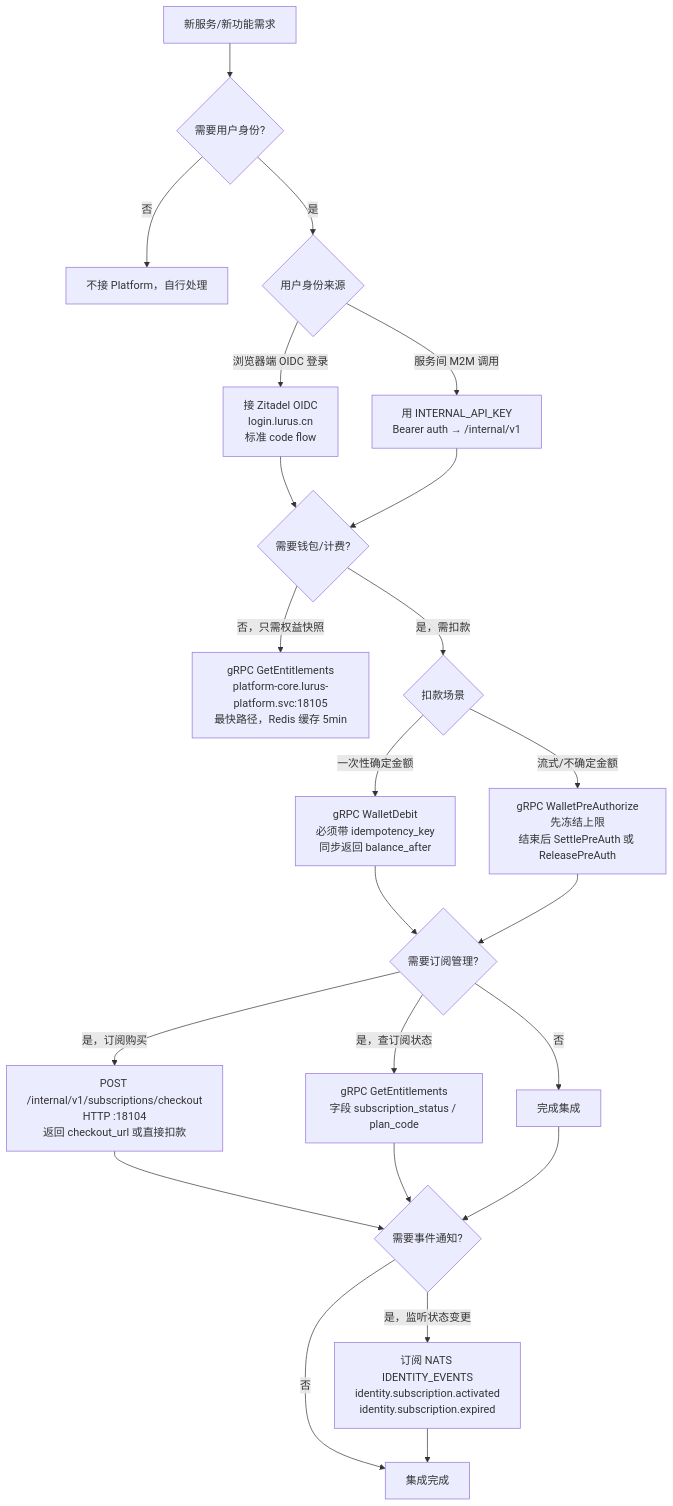
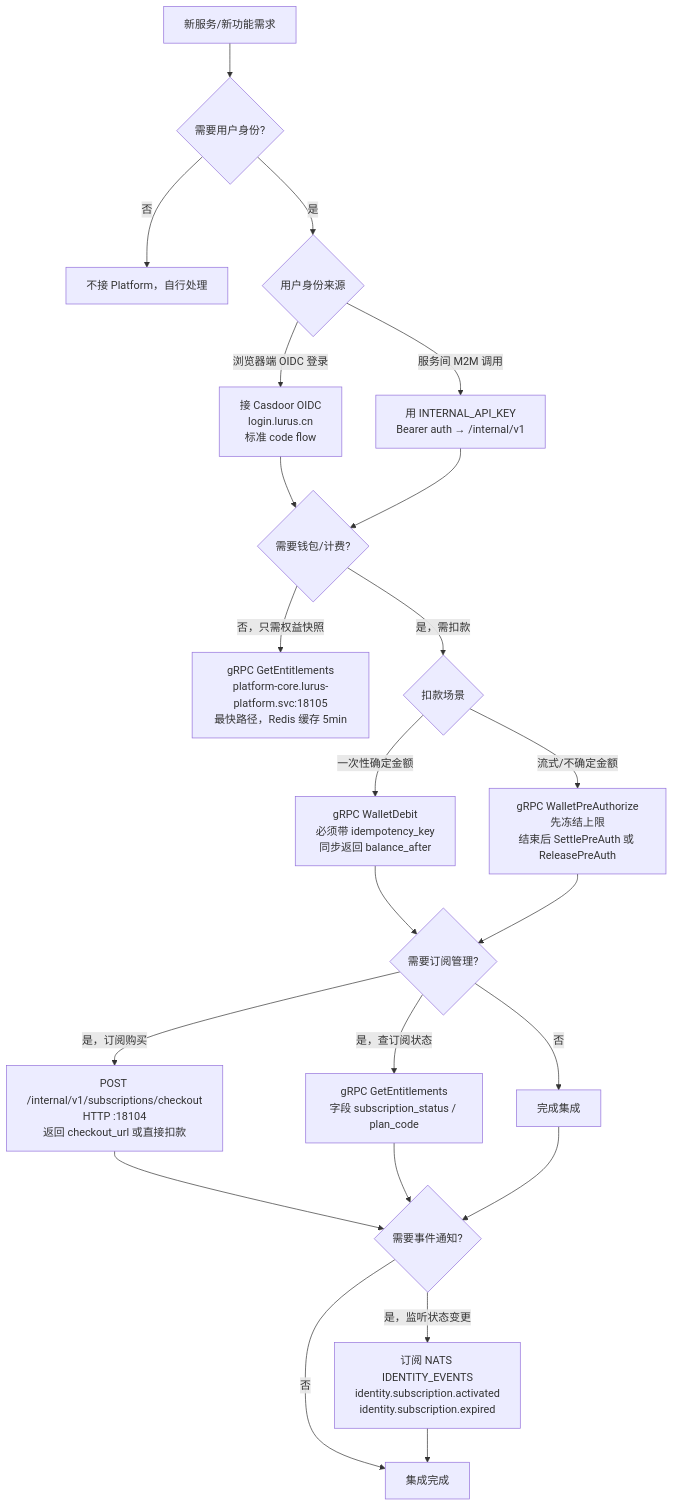
One commit to hanmahong5-arch/lurus-docs changed the fourth of 9 diagrams in internal/products/platform.md. Above: the diagram before and after it, drawn with Mermaid. The commit also changed other lines of this file and 30 other files, not shown here.

Commit message:
docs(internal): IdP 术语同步 Zitadel → Casdoor(vendor-neutral OIDC 迁移文档面)

````diff
--- a/internal/products/platform.md
+++ b/internal/products/platform.md
@@ -589,34 +589,34 @@
 ```mermaid
 graph TD
     A[新服务/新功能需求] --> B{需要用户身份?}
     B -->|否| Z1[不接 Platform，自行处理]
     B -->|是| C{用户身份来源}
 
-    C -->|浏览器端 OIDC 登录| D[接 Zitadel OIDC\nlogin.lurus.cn\n标准 code flow]
+    C -->|浏览器端 OIDC 登录| D[接 Casdoor OIDC\nlogin.lurus.cn\n标准 code flow]
     C -->|服务间 M2M 调用| E[用 INTERNAL_API_KEY\nBearer auth → /internal/v1]
 
     D --> F{需要钱包/计费?}
     E --> F
 
     F -->|否，只需权益快照| G[gRPC GetEntitlements\nplatform-core.lurus-platform.svc:18105\n最快路径，Redis 缓存 5min]
     F -->|是，需扣款| H{扣款场景}
 
     H -->|一次性确定金额| I[gRPC WalletDebit\n必须带 idempotency_key\n同步返回 balance_after]
     H -->|流式/不确定金额| J[gRPC WalletPreAuthorize\n先冻结上限\n结束后 SettlePreAuth 或 ReleasePreAuth]
 
     I --> K{需要订阅管理?}
     J --> K
 
     K -->|否| L[完成集成]
     K -->|是，订阅购买| M[POST /internal/v1/subscriptions/checkout\nHTTP :18104\n返回 checkout_url 或直接扣款]
     K -->|是，查订阅状态| N[gRPC GetEntitlements\n字段 subscription_status / plan_code]
 
     M --> O{需要事件通知?}
     N --> O
     L --> O
 
     O -->|否| P[集成完成]
     O -->|是，监听状态变更| Q[订阅 NATS IDENTITY_EVENTS\nidentity.subscription.activated\nidentity.subscription.expired]
 
     Q --> P
 ```
````
